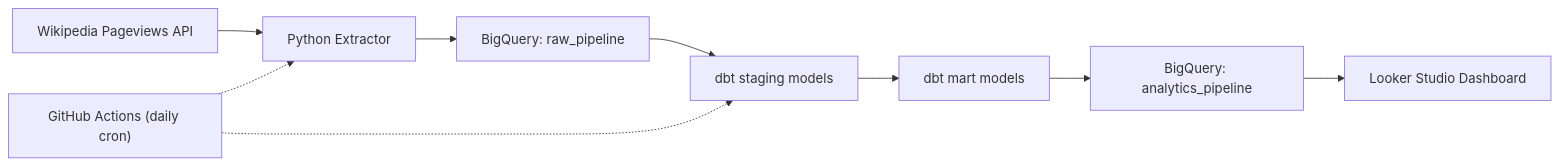
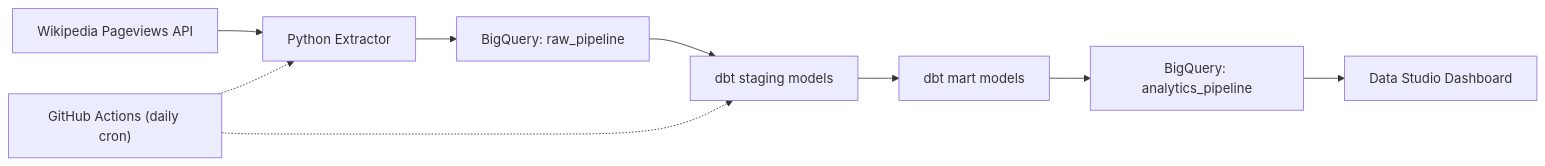
Before and after one commit to charith101/data-pipeline-project: the diagram in README.md, drawn with Mermaid. The commit also changed other lines of this file, not shown here.

Commit message:
Minor changes to README file

````diff
--- a/README.md
+++ b/README.md
@@ -9,11 +9,11 @@
 ```mermaid
 flowchart LR
     A["Wikipedia Pageviews API"] --> B["Python Extractor"]
     B --> C["BigQuery: raw_pipeline"]
     C --> D["dbt staging models"]
     D --> E["dbt mart models"]
     E --> F["BigQuery: analytics_pipeline"]
-    F --> G["Looker Studio Dashboard"]
+    F --> G["Data Studio Dashboard"]
     H["GitHub Actions (daily cron)"] -.-> B
     H -.-> D
 ```
````
